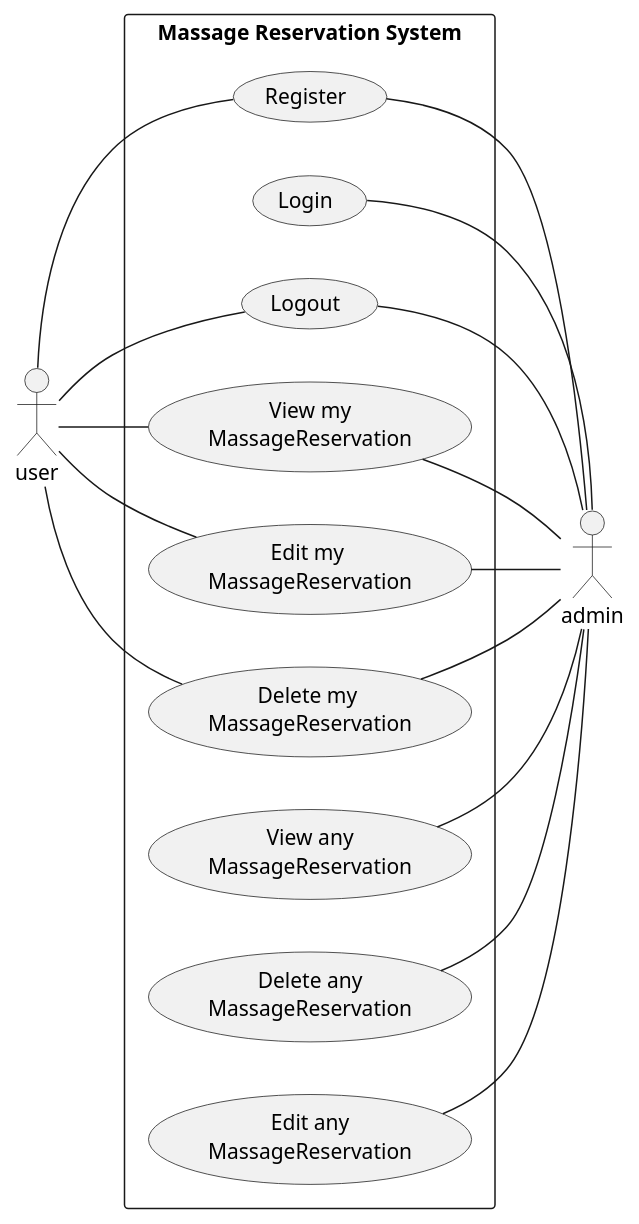
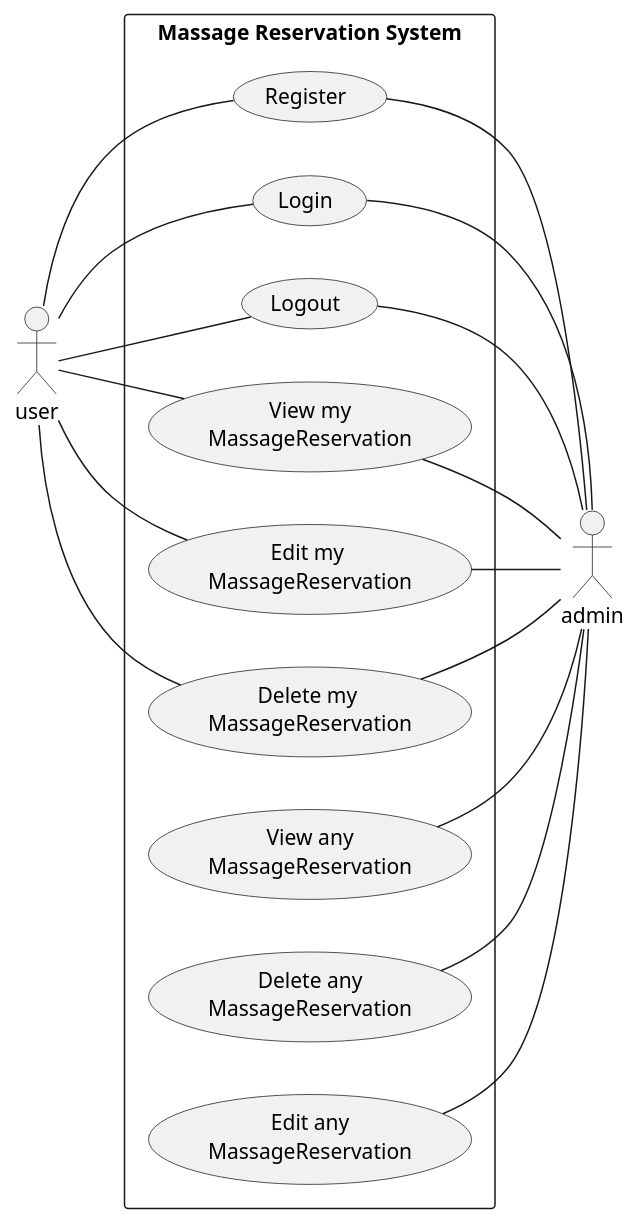
Before and after one commit to 2110503TACEDT66/presentation-day-1-kalaeksi-phloeng-rachan: the diagram in uml/usecasediagram.puml, drawn with PlantUML.

Commit message:
fix user login

```diff
--- a/uml/usecasediagram.puml
+++ b/uml/usecasediagram.puml
@@ -1,33 +1,34 @@
 @startuml 
 
 left to right direction
 
 rectangle "Massage Reservation System" as HBSys{
     usecase "Register" as register
     usecase "Login" as logIn
     usecase "Logout" as logOut
     usecase "View my\nMassageReservation" as viewmyMassageReservation
     usecase "Edit my \nMassageReservation" as editmyMassageReservation
     usecase "Delete my \nMassageReservation" as deletemyMassageReservation
     usecase "View any\nMassageReservation" as viewanyMassageReservation
     usecase "Delete any\nMassageReservation" as deleteanyMassageReservation
     usecase "Edit any\nMassageReservation" as editanyMassageReservation
 }
 user -- register
+user -- logIn
 user -- logOut
 user -- viewmyMassageReservation
 user -- deletemyMassageReservation
 user -- editmyMassageReservation
 
 register -- admin
 logIn -- admin
 logOut -- admin
 viewmyMassageReservation -- admin
 viewanyMassageReservation -- admin
 editanyMassageReservation -- admin
 deleteanyMassageReservation -- admin
 deletemyMassageReservation -- admin
 editmyMassageReservation -- admin
 
 
 @enduml
```
